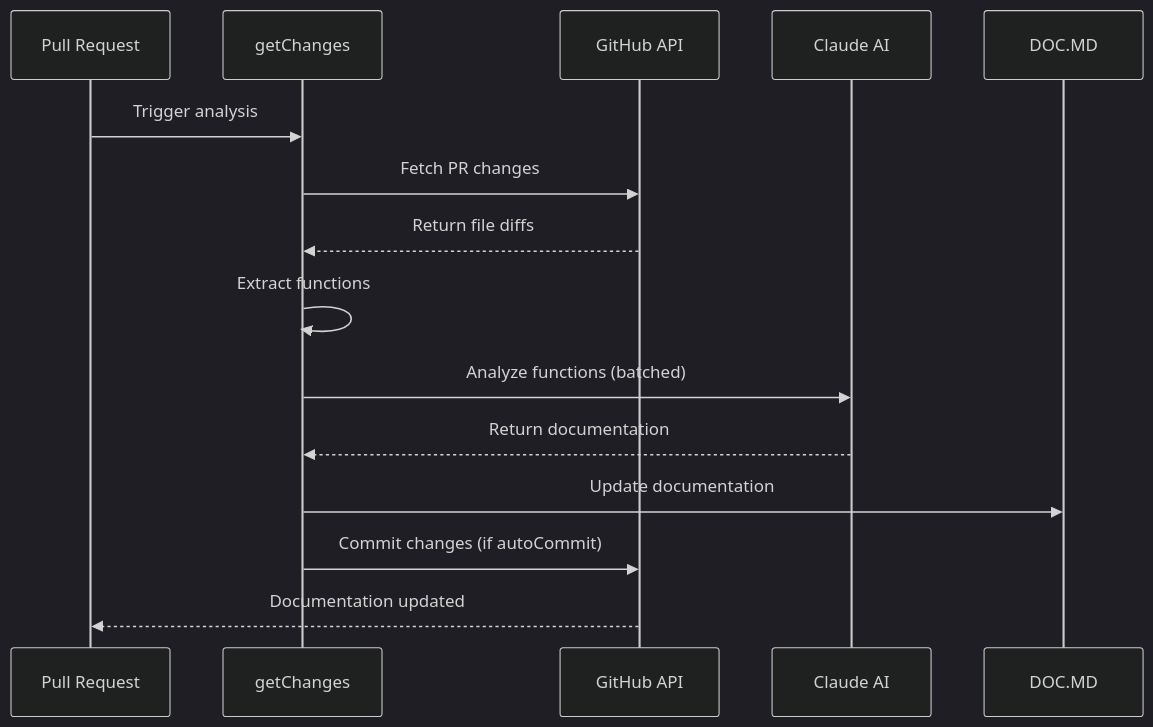
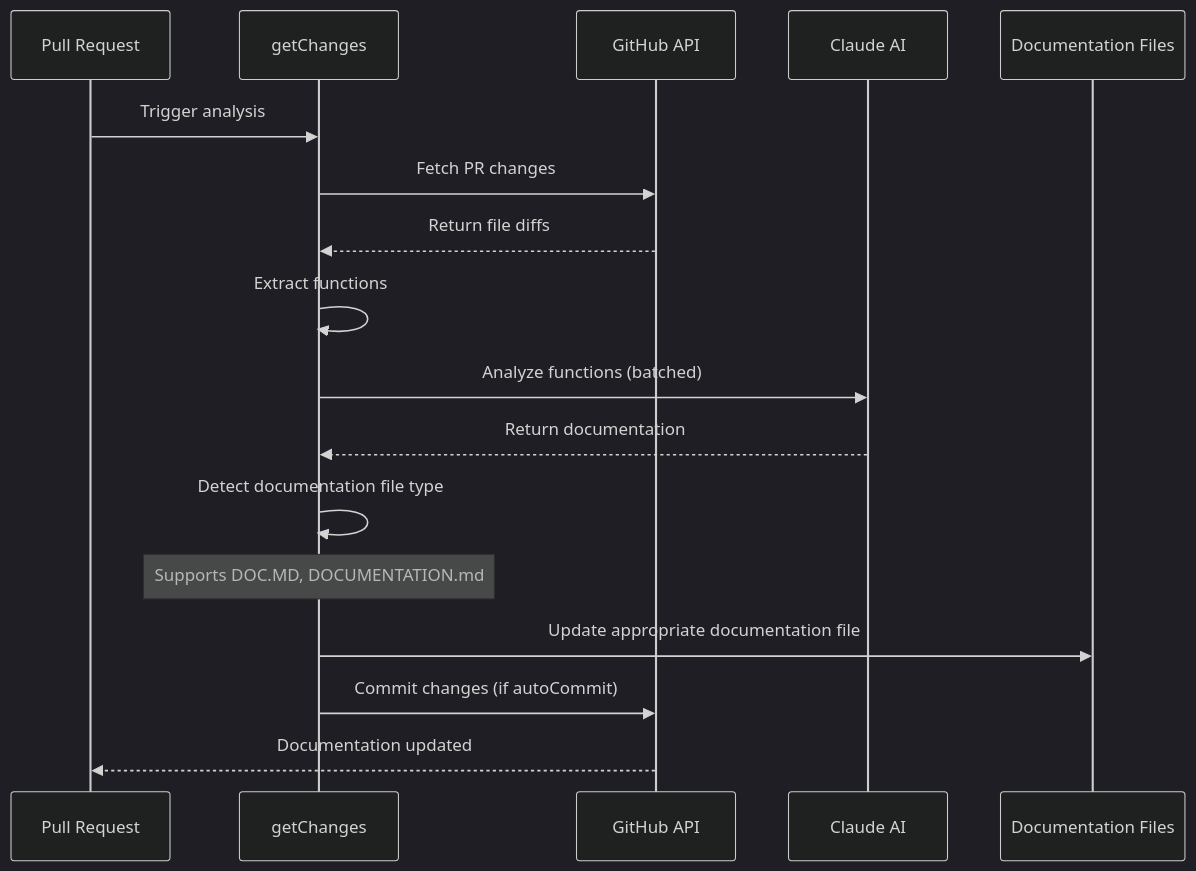
Before and after one commit to fac-31/ReDoT: the second of 2 diagrams in DOC.md, drawn with Mermaid (dark theme). The commit also changed other lines of this file, not shown here.

````diff
--- a/DOC.md
+++ b/DOC.md
@@ -136,18 +148,20 @@
 ```mermaid
 sequenceDiagram
     participant PR as Pull Request
     participant GC as getChanges
     participant GH as GitHub API
     participant AI as Claude AI
-    participant DOC as DOC.MD
+    participant DOC as Documentation Files
 
     PR->>GC: Trigger analysis
     GC->>GH: Fetch PR changes
     GH-->>GC: Return file diffs
     GC->>GC: Extract functions
     GC->>AI: Analyze functions (batched)
     AI-->>GC: Return documentation
-    GC->>DOC: Update documentation
+    GC->>GC: Detect documentation file type
+    Note over GC: Supports DOC.MD, DOCUMENTATION.md
+    GC->>DOC: Update appropriate documentation file
     GC->>GH: Commit changes (if autoCommit)
     GH-->>PR: Documentation updated
 ```
````
